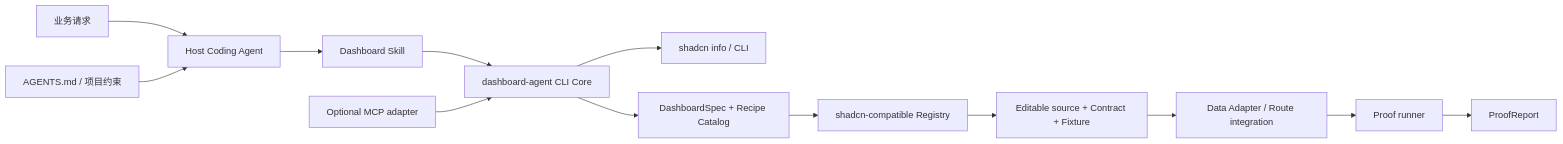
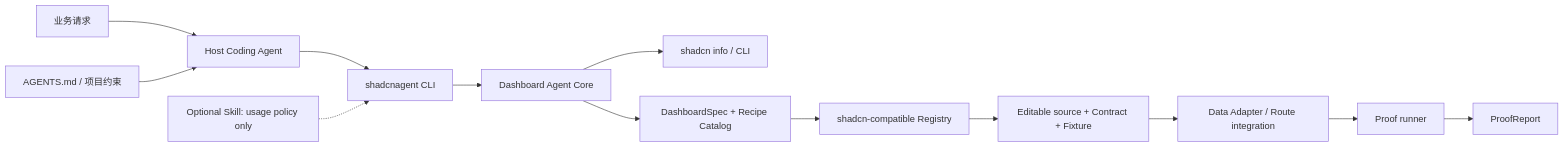
The diagram in docs/product/dashboard-agent-evolution.md (ckken/prismo), drawn with Mermaid before and after one commit. The commit also changed other lines of this file and 22 other files, not shown here.

````diff
--- a/docs/product/dashboard-agent-evolution.md
+++ b/docs/product/dashboard-agent-evolution.md
@@ -15,15 +16,15 @@
 ```mermaid
 flowchart LR
   A["业务请求"] --> B["Host Coding Agent"]
   G["AGENTS.md / 项目约束"] --> B
-  B --> C["Dashboard Skill"]
-  C --> D["dashboard-agent CLI Core"]
+  B --> C["shadcnagent CLI"]
+  C --> D["Dashboard Agent Core"]
   D --> E["shadcn info / CLI"]
   D --> F["DashboardSpec + Recipe Catalog"]
   F --> H["shadcn-compatible Registry"]
   H --> I["Editable source + Contract + Fixture"]
   I --> J["Data Adapter / Route integration"]
   J --> K["Proof runner"]
   K --> L["ProofReport"]
-  M["Optional MCP adapter"] --> D
+  N["Optional Skill: usage policy only"] -.-> C
 ```
````
